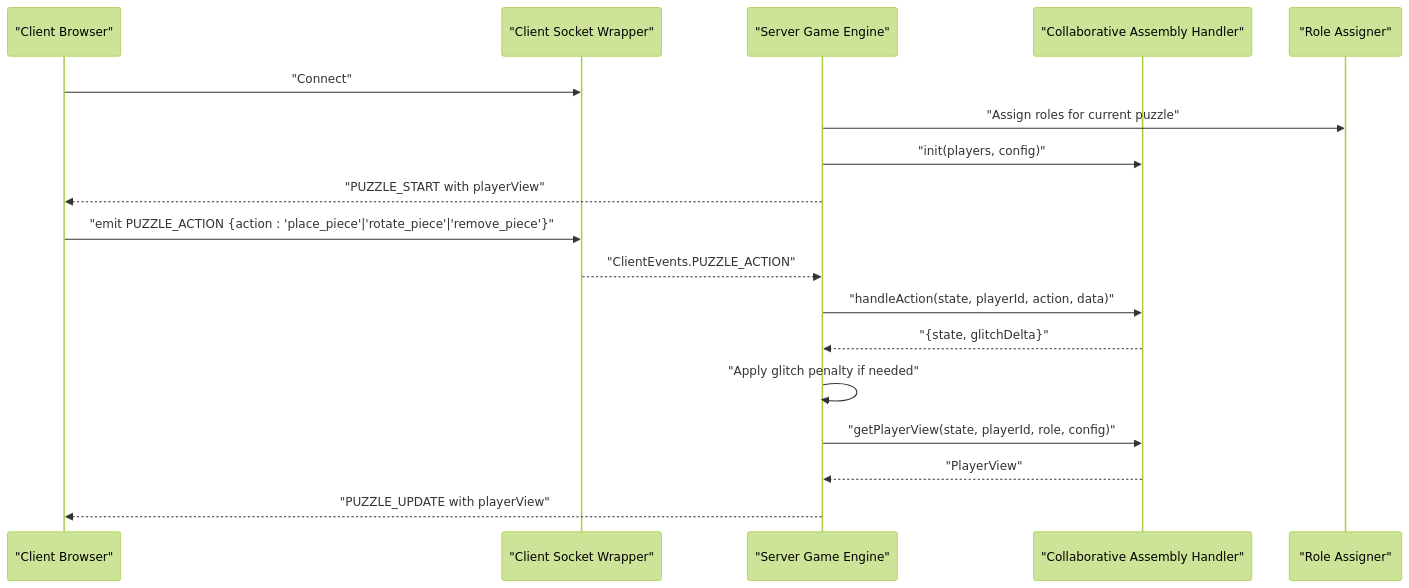
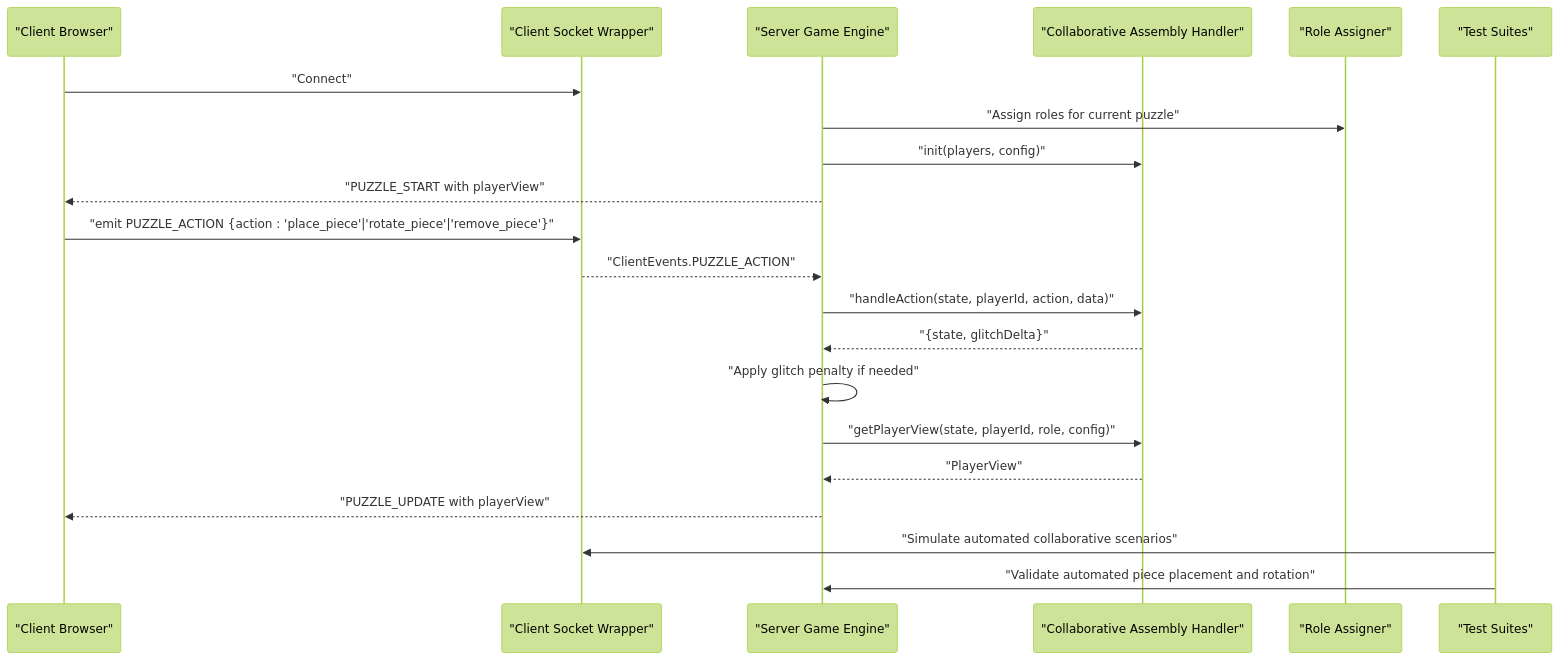
Before and after one commit to dkoukoul/escape-room-mvp: the second of 10 diagrams in .qoder/repowiki/en/content/Puzzle System/Collaborative Assembly Puzzle.md, drawn with Mermaid (forest theme). The commit also changed other lines of this file and 21 other files, not shown here.

````diff
--- a/.qoder/repowiki/en/content/Puzzle System/Collaborative Assembly Puzzle.md
+++ b/.qoder/repowiki/en/content/Puzzle System/Collaborative Assembly Puzzle.md
@@ -114,20 +156,23 @@
 ```mermaid
 sequenceDiagram
 participant Client as "Client Browser"
 participant Socket as "Client Socket Wrapper"
 participant Engine as "Server Game Engine"
 participant Handler as "Collaborative Assembly Handler"
 participant Roles as "Role Assigner"
+participant Tests as "Test Suites"
 Client->>Socket : "Connect"
 Engine->>Roles : "Assign roles for current puzzle"
 Engine->>Handler : "init(players, config)"
 Engine-->>Client : "PUZZLE_START with playerView"
 Client->>Socket : "emit PUZZLE_ACTION {action : 'place_piece'|'rotate_piece'|'remove_piece'}"
 Socket-->>Engine : "ClientEvents.PUZZLE_ACTION"
 Engine->>Handler : "handleAction(state, playerId, action, data)"
 Handler-->>Engine : "{state, glitchDelta}"
 Engine->>Engine : "Apply glitch penalty if needed"
 Engine->>Handler : "getPlayerView(state, playerId, role, config)"
 Handler-->>Engine : "PlayerView"
 Engine-->>Client : "PUZZLE_UPDATE with playerView"
+Tests->>Socket : "Simulate automated collaborative scenarios"
+Tests->>Engine : "Validate automated piece placement and rotation"
 ```
````
